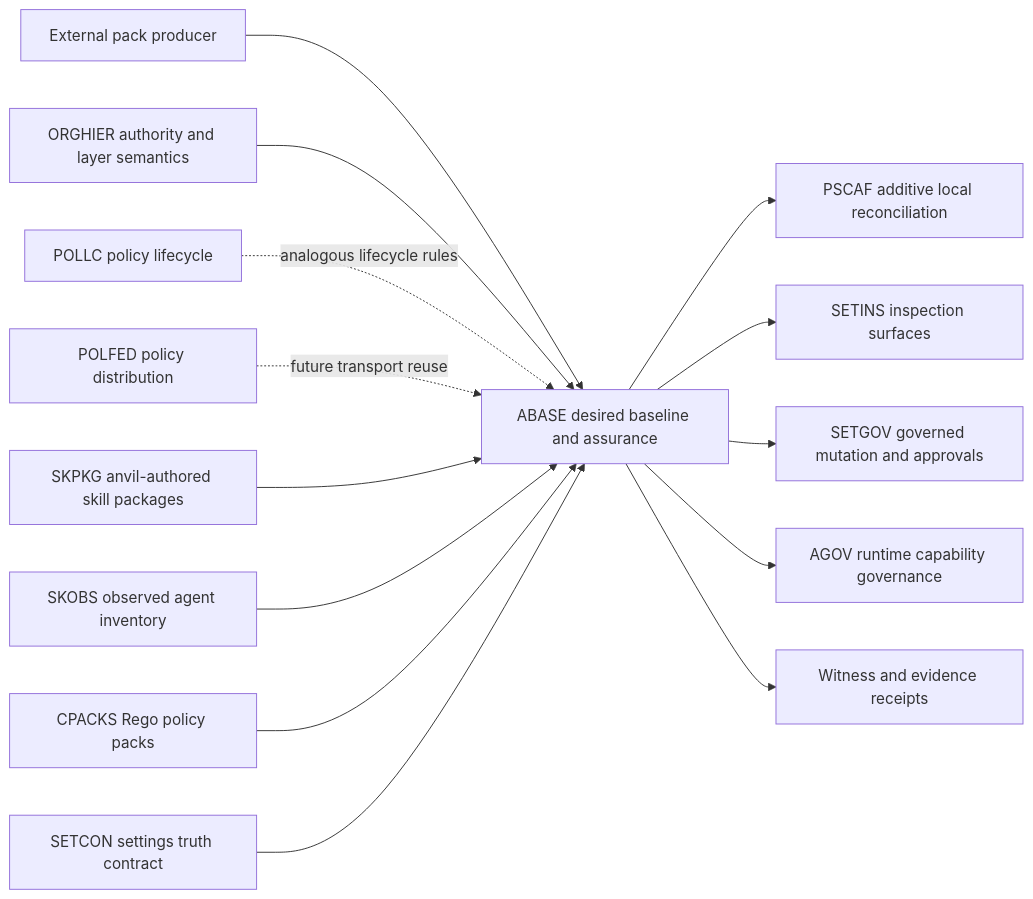
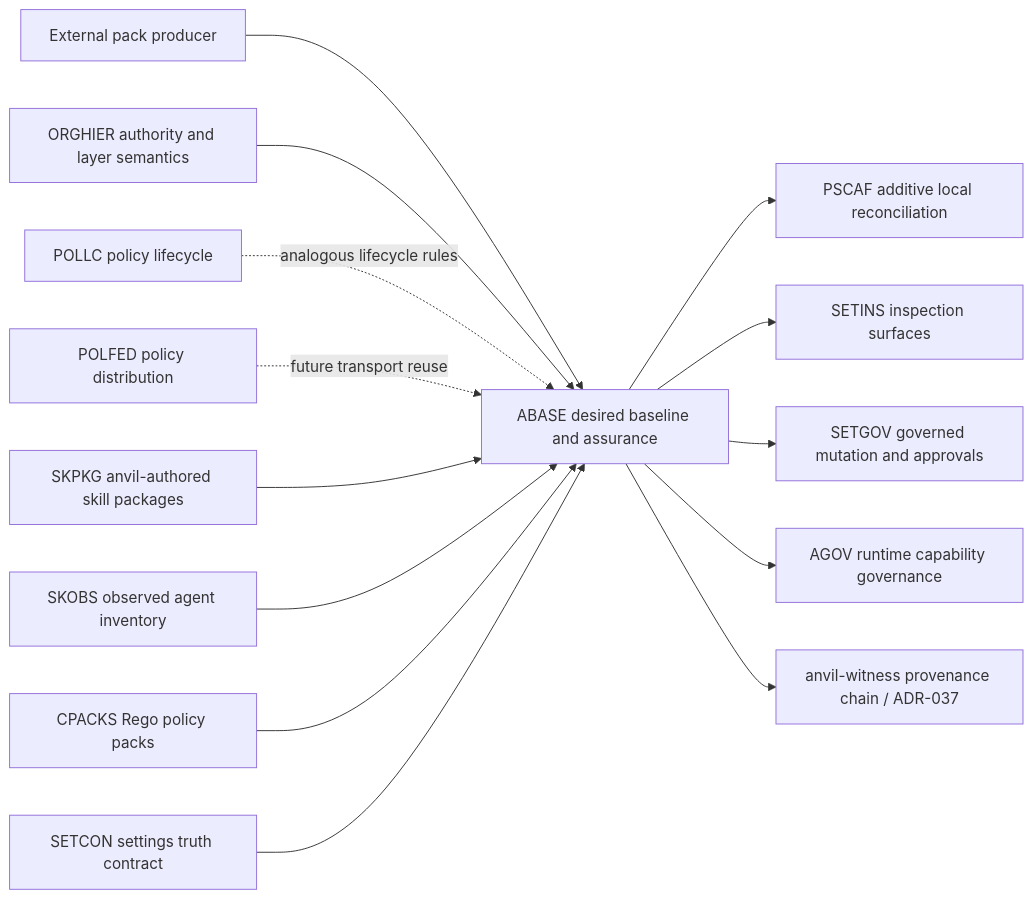
One commit to eddacraft/eddacraft-tui changed the diagram in plans/modules/agent-baseline-assurance.aps.md. Above: the diagram before and after it, drawn with Mermaid. The commit also changed other lines of this file, not shown here.

Commit message:
docs(aps): bind ABASE receipts to witness chain

````diff
--- a/plans/modules/agent-baseline-assurance.aps.md
+++ b/plans/modules/agent-baseline-assurance.aps.md
@@ -161,16 +161,16 @@
 ```mermaid
 flowchart LR
   Producer[External pack producer] --> ABASE[ABASE desired baseline and assurance]
   ORGHIER[ORGHIER authority and layer semantics] --> ABASE
   POLLC[POLLC policy lifecycle] -. analogous lifecycle rules .-> ABASE
   POLFED[POLFED policy distribution] -. future transport reuse .-> ABASE
   SKPKG[SKPKG anvil-authored skill packages] --> ABASE
   SKOBS[SKOBS observed agent inventory] --> ABASE
   CPACKS[CPACKS Rego policy packs] --> ABASE
   SETCON[SETCON settings truth contract] --> ABASE
   ABASE --> PSCAF[PSCAF additive local reconciliation]
   ABASE --> SETINS[SETINS inspection surfaces]
   ABASE --> SETGOV[SETGOV governed mutation and approvals]
   ABASE --> AGOV[AGOV runtime capability governance]
-  ABASE --> RECEIPT[Witness and evidence receipts]
+  ABASE --> WITNESS[anvil-witness provenance chain / ADR-037]
 ```
````
